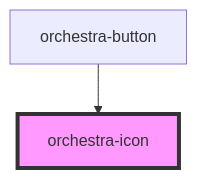
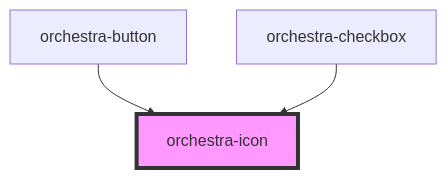
Before and after one commit to yannisabel/orchestra: the diagram in packages/core/src/components/icon/readme.md, drawn with Mermaid. The commit also changed other lines of this file and 37 other files, not shown here.

````diff
--- a/packages/core/src/components/icon/readme.md
+++ b/packages/core/src/components/icon/readme.md
@@ -25,5 +26,6 @@
 ```mermaid
 graph TD;
   orchestra-button --> orchestra-icon
+  orchestra-checkbox --> orchestra-icon
   style orchestra-icon fill:#f9f,stroke:#333,stroke-width:4px
 ```
````
